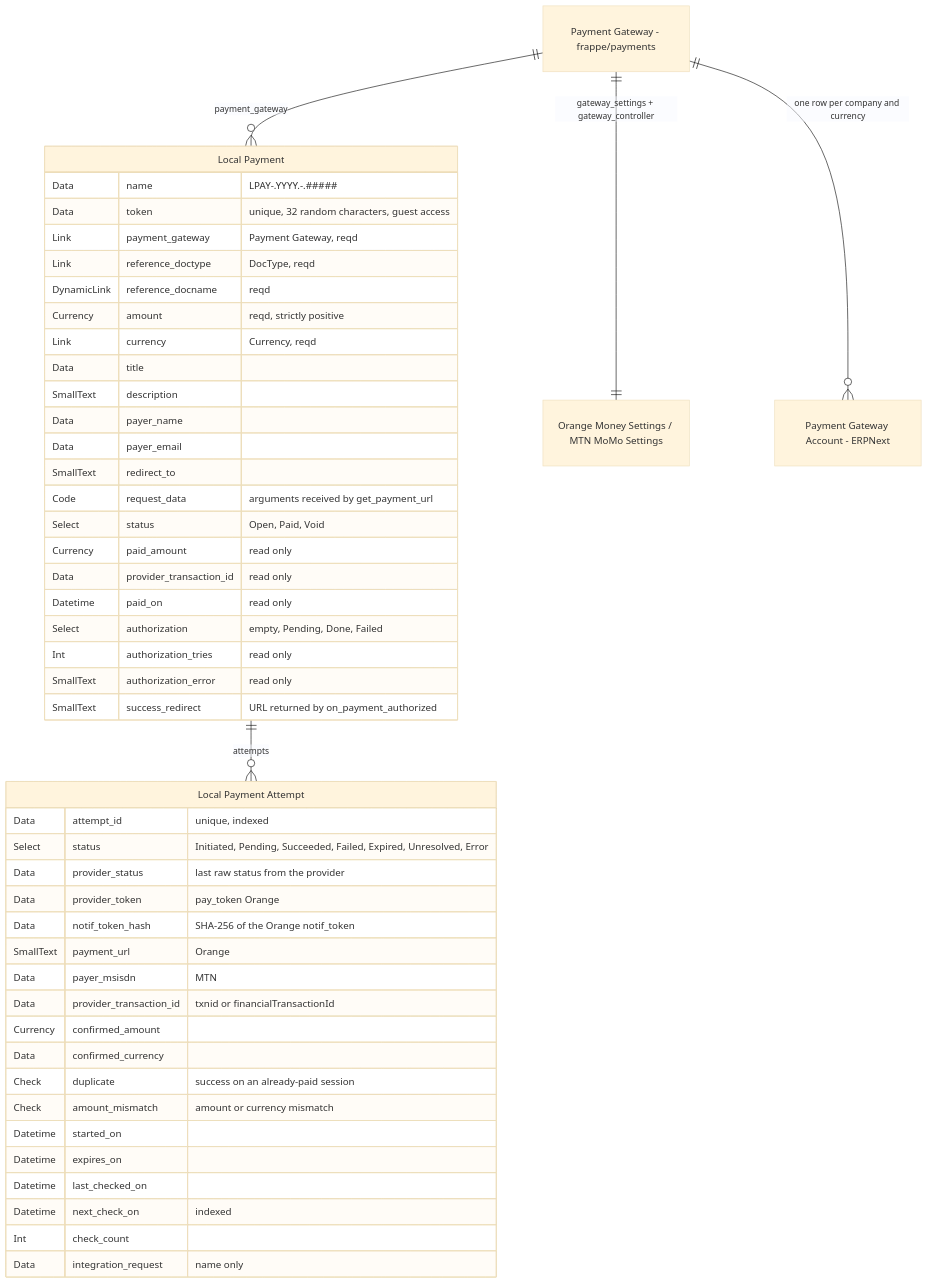
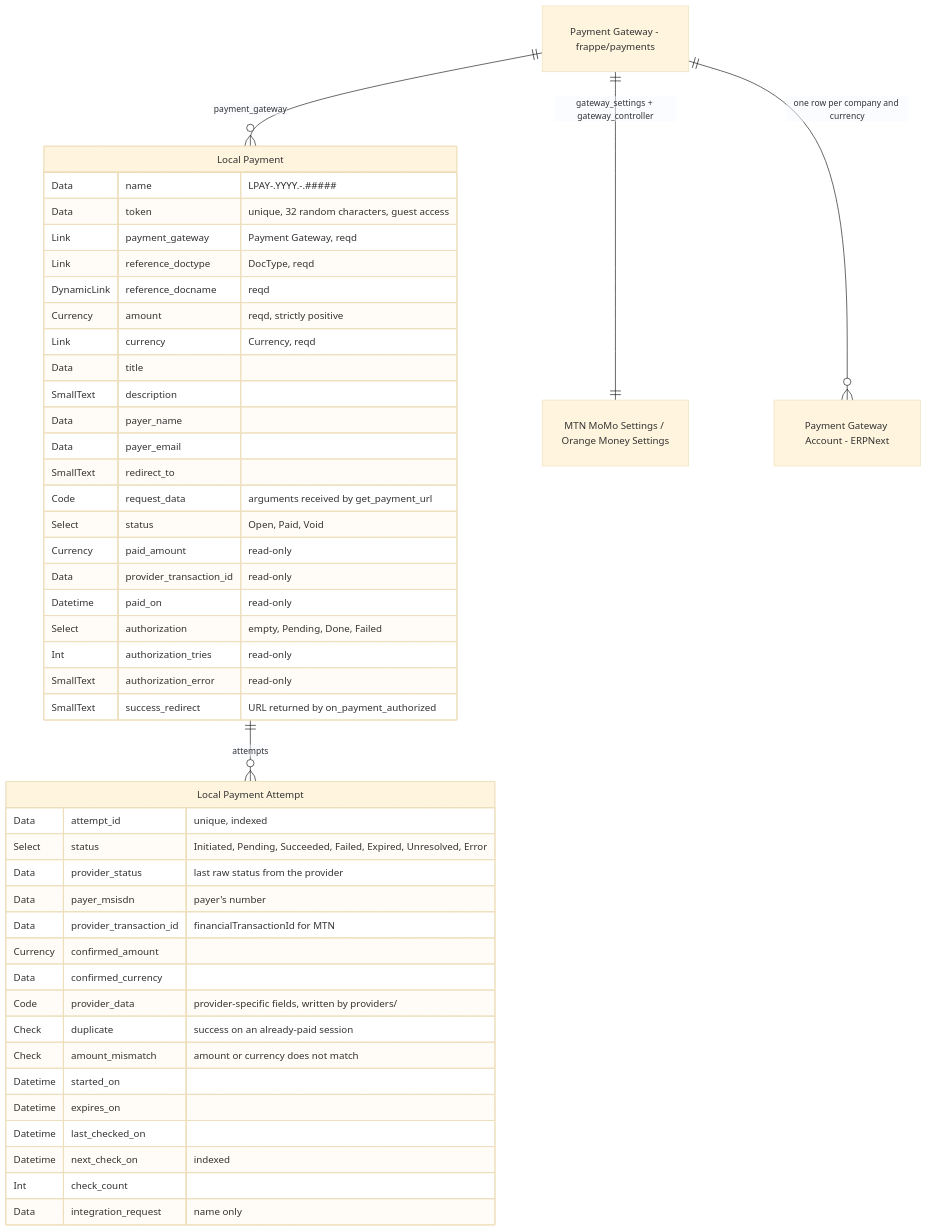
One commit to skyengpro/local_payments changed the second of 4 diagrams in docs/ARCHITECTURE.md. Above: the diagram before and after it, drawn with Mermaid (base theme). The commit also changed other lines of this file and 1 other file, not shown here.

First line of the commit message:
Refactor Orange Money Gateway documentation to clarify integration status and collection modes

````diff
--- a/docs/ARCHITECTURE.md
+++ b/docs/ARCHITECTURE.md
@@ -230,54 +273,52 @@
 ```mermaid
 erDiagram
     LOCAL_PAYMENT["Local Payment"] {
         Data name "LPAY-.YYYY.-.#####"
         Data token "unique, 32 random characters, guest access"
         Link payment_gateway "Payment Gateway, reqd"
         Link reference_doctype "DocType, reqd"
         DynamicLink reference_docname "reqd"
         Currency amount "reqd, strictly positive"
         Link currency "Currency, reqd"
         Data title
         SmallText description
         Data payer_name
         Data payer_email
         SmallText redirect_to
         Code request_data "arguments received by get_payment_url"
         Select status "Open, Paid, Void"
-        Currency paid_amount "read only"
-        Data provider_transaction_id "read only"
-        Datetime paid_on "read only"
+        Currency paid_amount "read-only"
+        Data provider_transaction_id "read-only"
+        Datetime paid_on "read-only"
         Select authorization "empty, Pending, Done, Failed"
-        Int authorization_tries "read only"
-        SmallText authorization_error "read only"
+        Int authorization_tries "read-only"
+        SmallText authorization_error "read-only"
         SmallText success_redirect "URL returned by on_payment_authorized"
     }
     LOCAL_PAYMENT_ATTEMPT["Local Payment Attempt"] {
         Data attempt_id "unique, indexed"
         Select status "Initiated, Pending, Succeeded, Failed, Expired, Unresolved, Error"
         Data provider_status "last raw status from the provider"
-        Data provider_token "pay_token Orange"
-        Data notif_token_hash "SHA-256 of the Orange notif_token"
-        SmallText payment_url "Orange"
-        Data payer_msisdn "MTN"
-        Data provider_transaction_id "txnid or financialTransactionId"
+        Data payer_msisdn "payer's number"
+        Data provider_transaction_id "financialTransactionId for MTN"
         Currency confirmed_amount
         Data confirmed_currency
+        Code provider_data "provider-specific fields, written by providers/"
         Check duplicate "success on an already-paid session"
-        Check amount_mismatch "amount or currency mismatch"
+        Check amount_mismatch "amount or currency does not match"
         Datetime started_on
         Datetime expires_on
         Datetime last_checked_on
         Datetime next_check_on "indexed"
         Int check_count
         Data integration_request "name only"
     }
     PAYMENT_GATEWAY["Payment Gateway - frappe/payments"]
-    SETTINGS["Orange Money Settings / MTN MoMo Settings"]
+    SETTINGS["MTN MoMo Settings / Orange Money Settings"]
     PGA["Payment Gateway Account - ERPNext"]
 
     LOCAL_PAYMENT ||--o{ LOCAL_PAYMENT_ATTEMPT : attempts
     PAYMENT_GATEWAY ||--o{ LOCAL_PAYMENT : payment_gateway
     PAYMENT_GATEWAY ||--|| SETTINGS : "gateway_settings + gateway_controller"
     PAYMENT_GATEWAY ||--o{ PGA : "one row per company and currency"
 ```
````
